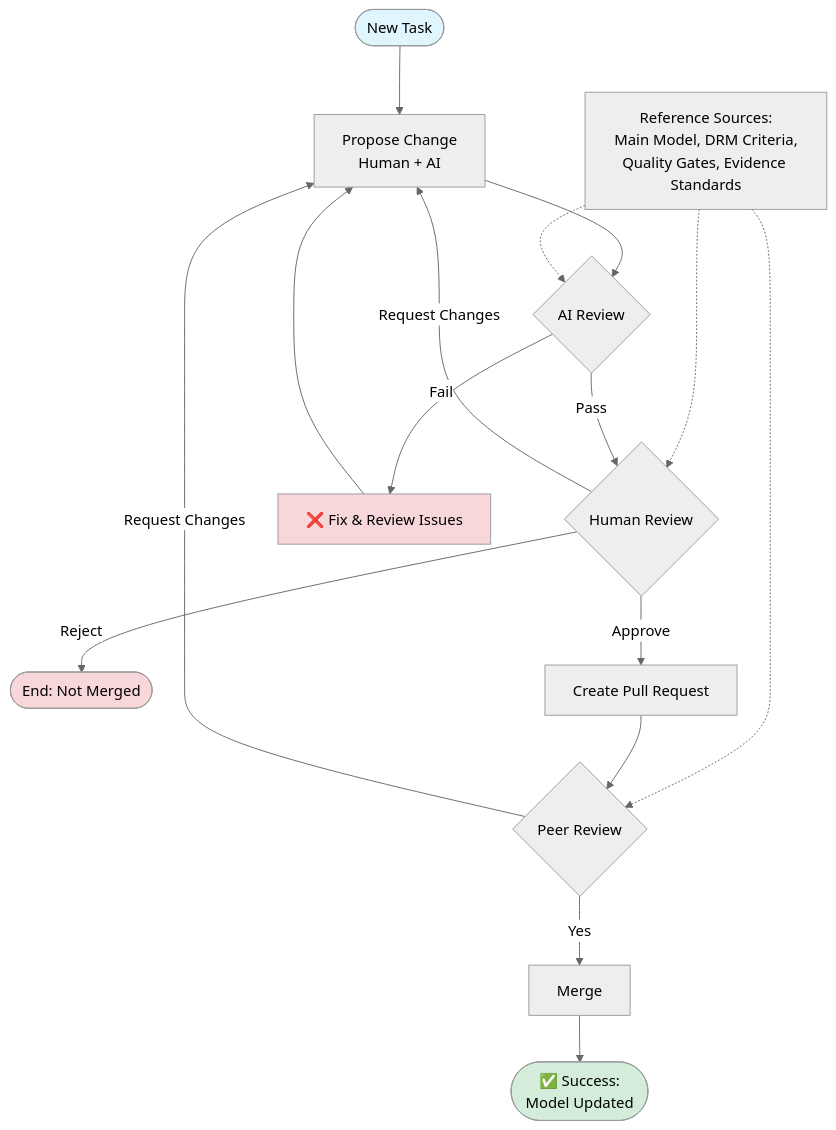
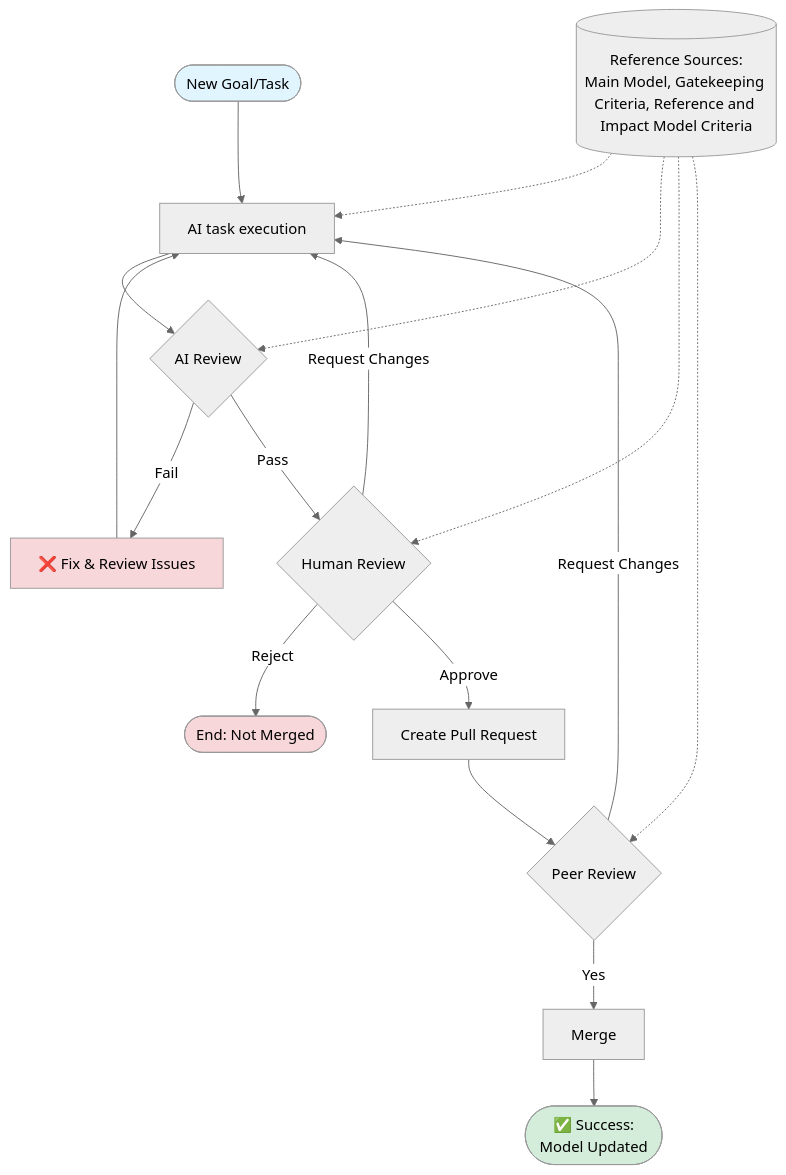
Before and after one commit to dfg-agil/wirkmechanismen: the second of 2 diagrams in WORKFLOW.md, drawn with Mermaid (neutral theme). The commit also changed other lines of this file, not shown here.

First line of the commit message:
[WORKFLOW] Enhance workflow diagrams for clarity and consistency

````diff
--- a/WORKFLOW.md
+++ b/WORKFLOW.md
@@ -83,33 +93,34 @@
 ```mermaid
 graph TD
-    Start([New Task]) --> ProposeChange[Propose Change<br/>Human + AI ]
+    Start([New Goal/Task]) --> ProposeChange[AI task execution]
 
     ProposeChange --> AIReview{AI Review}
 
-    Reference[Reference Sources:<br/>Main Model, DRM Criteria,<br/>Quality Gates, Evidence Standards]
+    Reference[(Reference Sources:<br/>Main Model, Gatekeeping Criteria, Reference and Impact Model Criteria)]
+    Reference -.-> ProposeChange
     Reference -.-> AIReview
     Reference -.-> HumanReview
     Reference -.-> PeerReview
 
     AIReview -->|Fail| FixErrors[❌ Fix & Review Issues]
     FixErrors --> ProposeChange
 
     AIReview -->|Pass| HumanReview{Human Review}
 
     HumanReview -->|Reject| End1([End: Not Merged])
     HumanReview -->|Request Changes| ProposeChange
     HumanReview -->|Approve| CreatePR[Create Pull Request]
 
     CreatePR --> PeerReview{Peer Review}
 
     PeerReview -->|Request Changes| ProposeChange
     
     PeerReview -->|Yes| Merge[Merge]
 
     Merge --> End2([✅ Success:<br/>Model Updated])
 
     style Start fill:#e1f5ff
     style End2 fill:#d4edda
     style End1 fill:#f8d7da
     style FixErrors fill:#f8d7da
 ```
````
